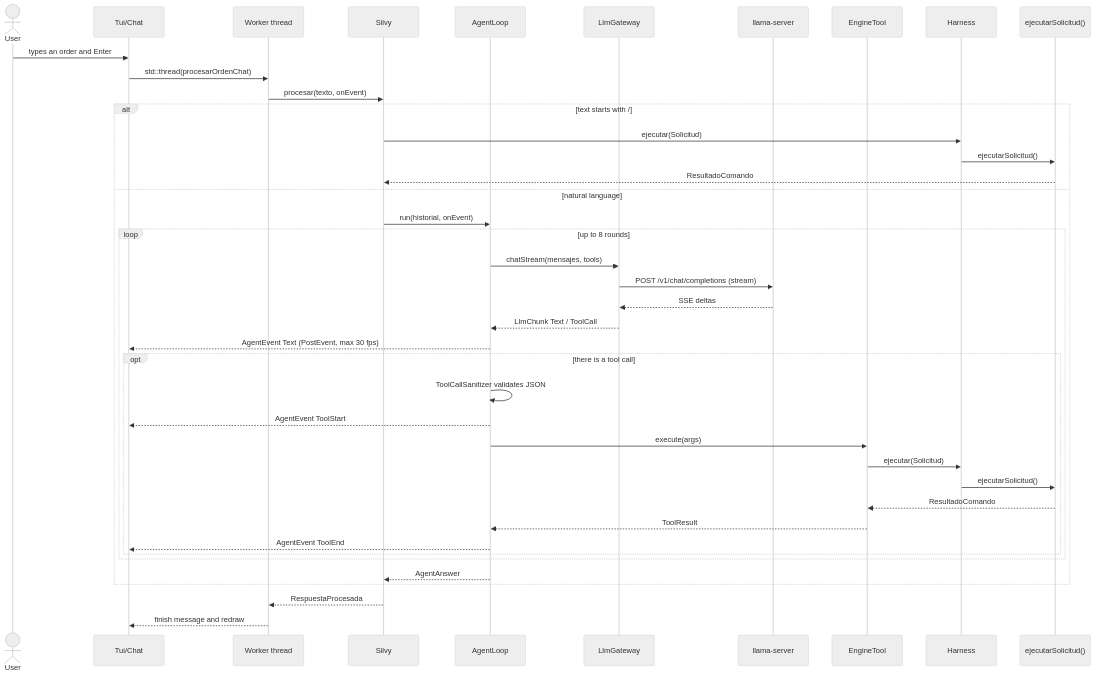
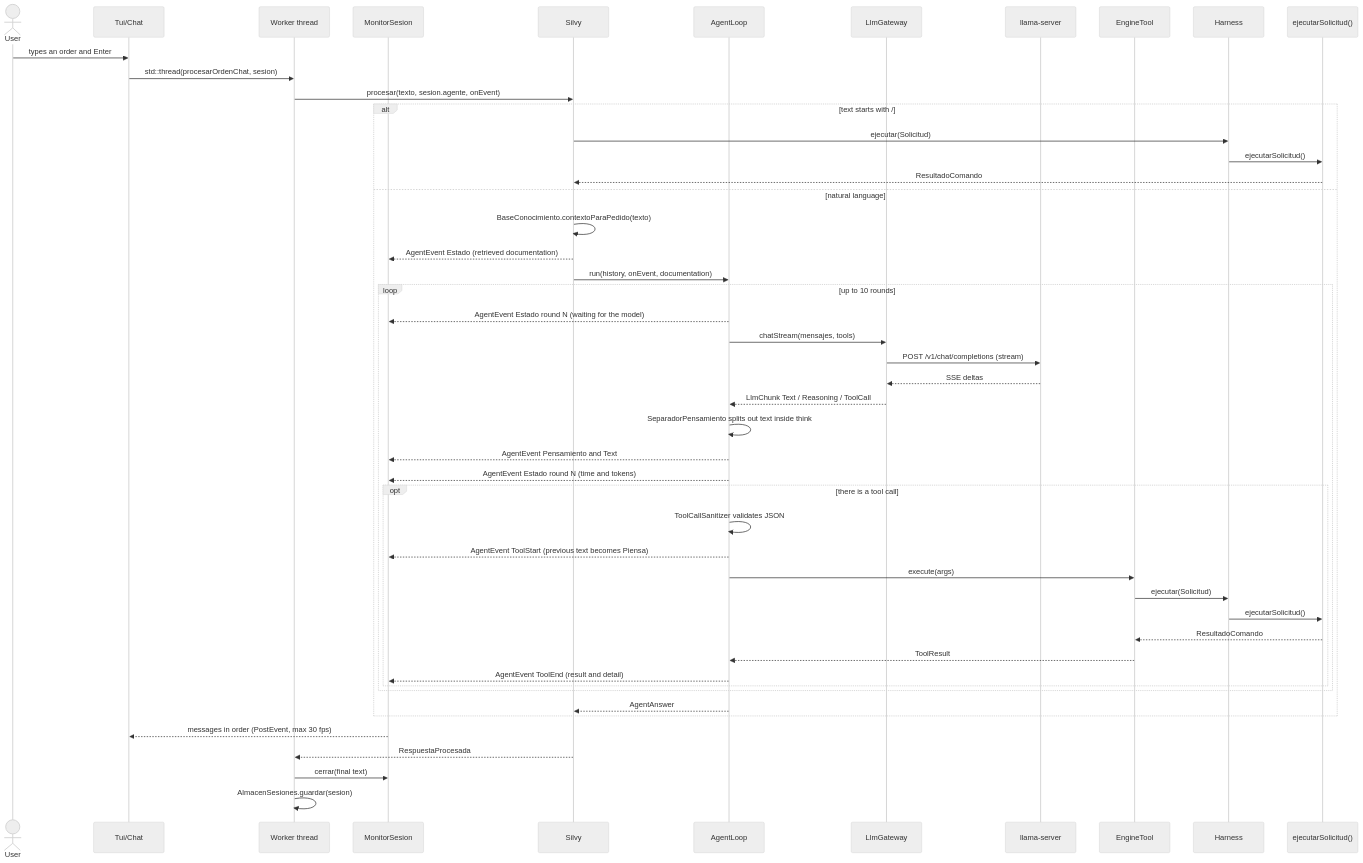
One commit to FunshiEngine/FunshiEngineCLI changed the fourth of 12 diagrams in doc/uml/ArquitecturaUML.eng.md. Above: the diagram before and after it, drawn with Mermaid (neutral theme). The commit also changed other lines of this file and 8 other files, not shown here.

First line of the commit message:
docs: sesiones, RAG, subagentes y monitoreo del agente

````diff
--- a/doc/uml/ArquitecturaUML.eng.md
+++ b/doc/uml/ArquitecturaUML.eng.md
@@ -154,44 +165,52 @@
 ```mermaid
 sequenceDiagram
     actor Usuario as User
     participant Chat as Tui/Chat
     participant Hilo as Worker thread
+    participant Mon as MonitorSesion
     participant Silvy
     participant Bucle as AgentLoop
     participant GW as LlmGateway
     participant Srv as llama-server
     participant Tool as EngineTool
     participant Harness
     participant Nucleo as ejecutarSolicitud()
 
     Usuario->>Chat: types an order and Enter
-    Chat->>Hilo: std::thread(procesarOrdenChat)
-    Hilo->>Silvy: procesar(texto, onEvent)
+    Chat->>Hilo: std::thread(procesarOrdenChat, sesion)
+    Hilo->>Silvy: procesar(texto, sesion.agente, onEvent)
     alt text starts with /
         Silvy->>Harness: ejecutar(Solicitud)
         Harness->>Nucleo: ejecutarSolicitud()
         Nucleo-->>Silvy: ResultadoComando
     else natural language
-        Silvy->>Bucle: run(historial, onEvent)
-        loop up to 8 rounds
+        Silvy->>Silvy: BaseConocimiento.contextoParaPedido(texto)
+        Silvy-->>Mon: AgentEvent Estado (retrieved documentation)
+        Silvy->>Bucle: run(history, onEvent, documentation)
+        loop up to 10 rounds
+            Bucle-->>Mon: AgentEvent Estado round N (waiting for the model)
             Bucle->>GW: chatStream(mensajes, tools)
             GW->>Srv: POST /v1/chat/completions (stream)
             Srv-->>GW: SSE deltas
-            GW-->>Bucle: LlmChunk Text / ToolCall
-            Bucle-->>Chat: AgentEvent Text (PostEvent, max 30 fps)
+            GW-->>Bucle: LlmChunk Text / Reasoning / ToolCall
+            Bucle->>Bucle: SeparadorPensamiento splits out text inside think
+            Bucle-->>Mon: AgentEvent Pensamiento and Text
+            Bucle-->>Mon: AgentEvent Estado round N (time and tokens)
             opt there is a tool call
                 Bucle->>Bucle: ToolCallSanitizer validates JSON
-                Bucle-->>Chat: AgentEvent ToolStart
+                Bucle-->>Mon: AgentEvent ToolStart (previous text becomes Piensa)
                 Bucle->>Tool: execute(args)
                 Tool->>Harness: ejecutar(Solicitud)
                 Harness->>Nucleo: ejecutarSolicitud()
                 Nucleo-->>Tool: ResultadoComando
                 Tool-->>Bucle: ToolResult
-                Bucle-->>Chat: AgentEvent ToolEnd
+                Bucle-->>Mon: AgentEvent ToolEnd (result and detail)
             end
         end
         Bucle-->>Silvy: AgentAnswer
     end
+    Mon-->>Chat: messages in order (PostEvent, max 30 fps)
     Silvy-->>Hilo: RespuestaProcesada
-    Hilo-->>Chat: finish message and redraw
+    Hilo->>Mon: cerrar(final text)
+    Hilo->>Hilo: AlmacenSesiones.guardar(sesion)
 ```
````
